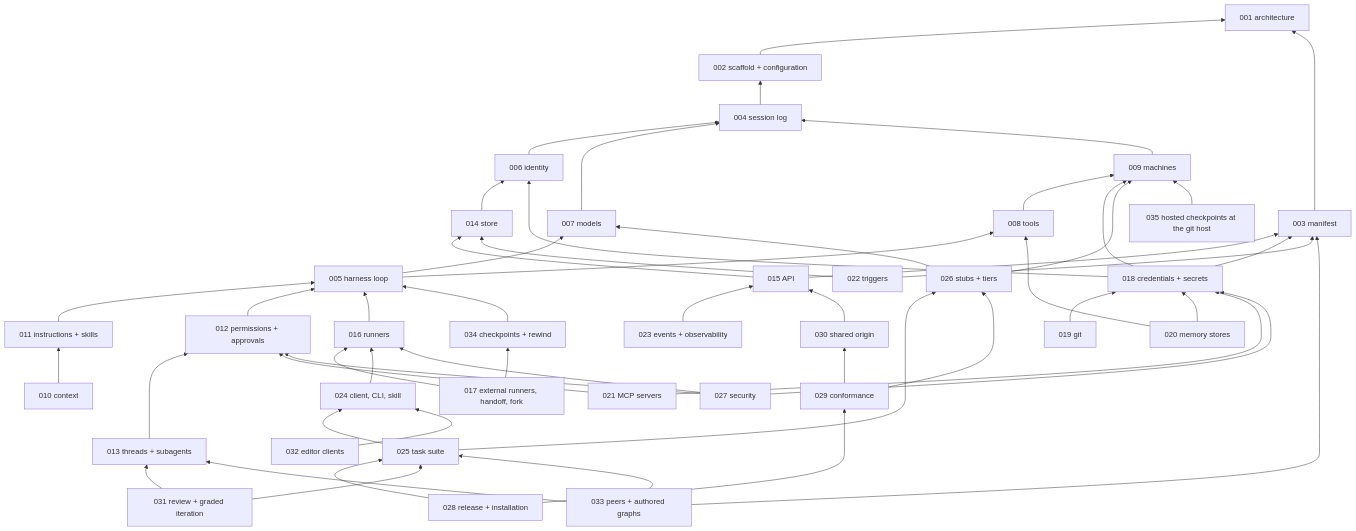
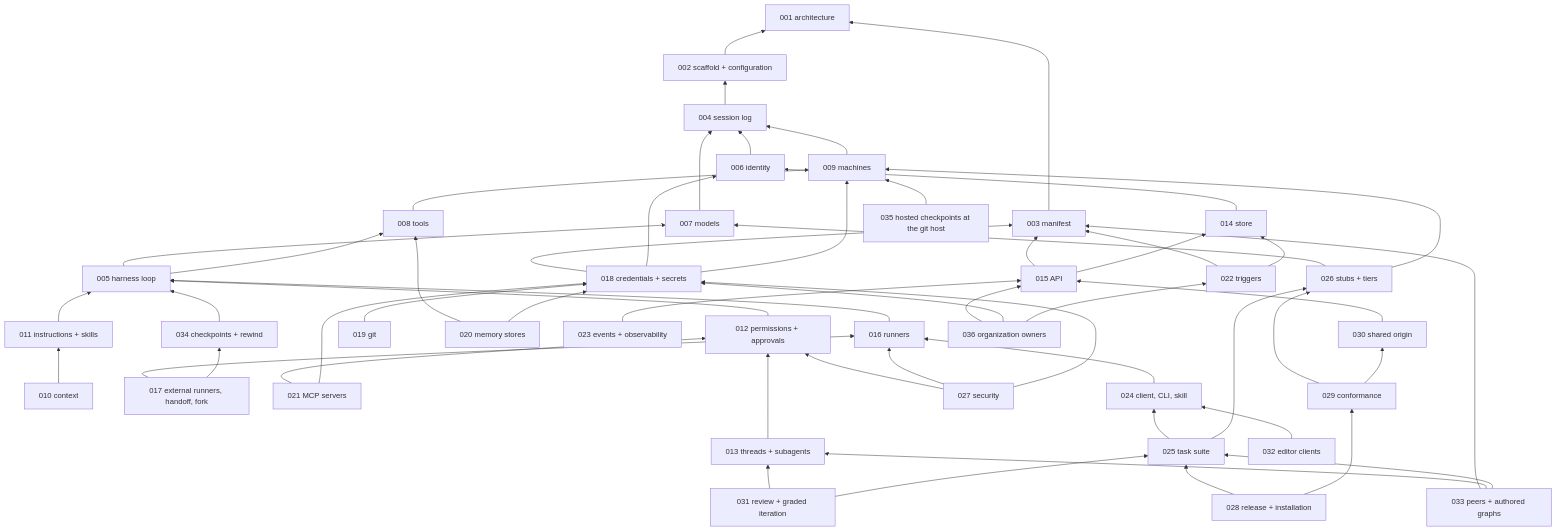
Before and after one commit to latere-ai/topos: the second of 2 diagrams in specs/README.md, drawn with Mermaid. The commit also changed other lines of this file and 5 other files, not shown here.

````diff
--- a/specs/README.md
+++ b/specs/README.md
@@ -136,6 +137,7 @@
   S033[033 peers + authored graphs]
   S034[034 checkpoints + rewind]
   S035[035 hosted checkpoints at the git host]
+  S036[036 organization owners]
   S002 --> S001
   S003 --> S001
   S004 --> S002
@@ -187,4 +189,7 @@
   S033 --> S025
   S034 --> S005
   S035 --> S009
+  S036 --> S015
+  S036 --> S018
+  S036 --> S022
 ```
````
